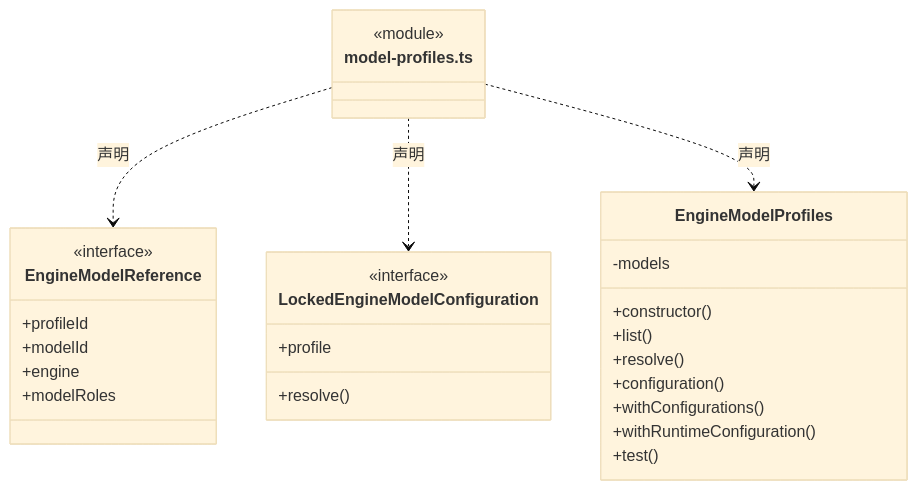
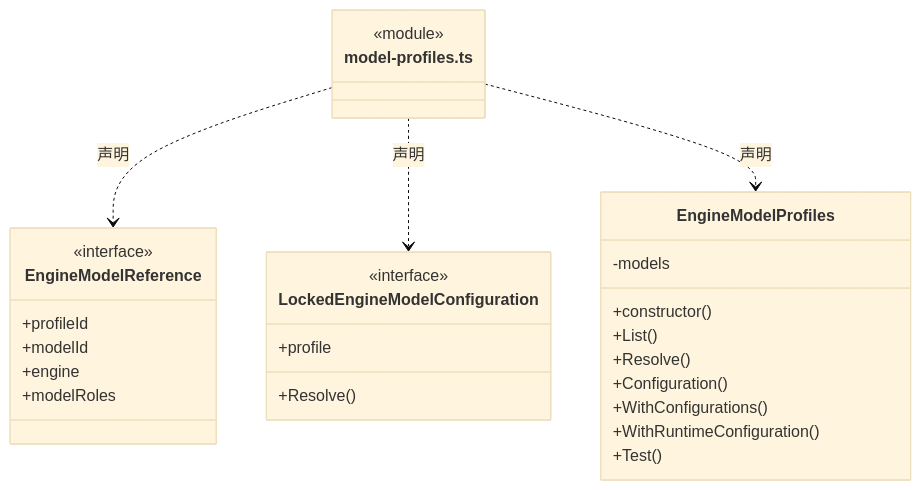
The second of 3 diagrams in src/logic/engines/service/ARCHITECTURE.md (nan023062/cbim), drawn with Mermaid (base theme) before and after one commit. The commit also changed 1035 other files, not shown here.

````diff
--- a/src/logic/engines/service/ARCHITECTURE.md
+++ b/src/logic/engines/service/ARCHITECTURE.md
@@ -33,31 +33,31 @@
 ```mermaid
 classDiagram
 class N_src_logic_engines_service_model_profiles_ts["model-profiles.ts"] {
   <<module>>
 }
 class N_src_logic_engines_service_model_profiles_ts_EngineModelReference["EngineModelReference"] {
   <<interface>>
   +profileId
   +modelId
   +engine
   +modelRoles
 }
 N_src_logic_engines_service_model_profiles_ts ..> N_src_logic_engines_service_model_profiles_ts_EngineModelReference : 声明
 class N_src_logic_engines_service_model_profiles_ts_LockedEngineModelConfiguration["LockedEngineModelConfiguration"] {
   <<interface>>
   +profile
-  +resolve()
+  +Resolve()
 }
 N_src_logic_engines_service_model_profiles_ts ..> N_src_logic_engines_service_model_profiles_ts_LockedEngineModelConfiguration : 声明
 class N_src_logic_engines_service_model_profiles_ts_EngineModelProfiles["EngineModelProfiles"] {
   +constructor()
-  +list()
-  +resolve()
-  +configuration()
-  +withConfigurations()
-  +withRuntimeConfiguration()
-  +test()
+  +List()
+  +Resolve()
+  +Configuration()
+  +WithConfigurations()
+  +WithRuntimeConfiguration()
+  +Test()
   -models
 }
 N_src_logic_engines_service_model_profiles_ts ..> N_src_logic_engines_service_model_profiles_ts_EngineModelProfiles : 声明
 ```
````
